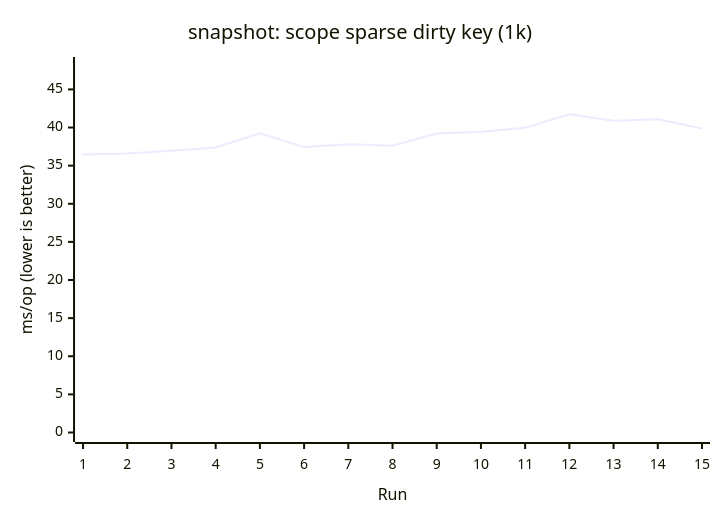
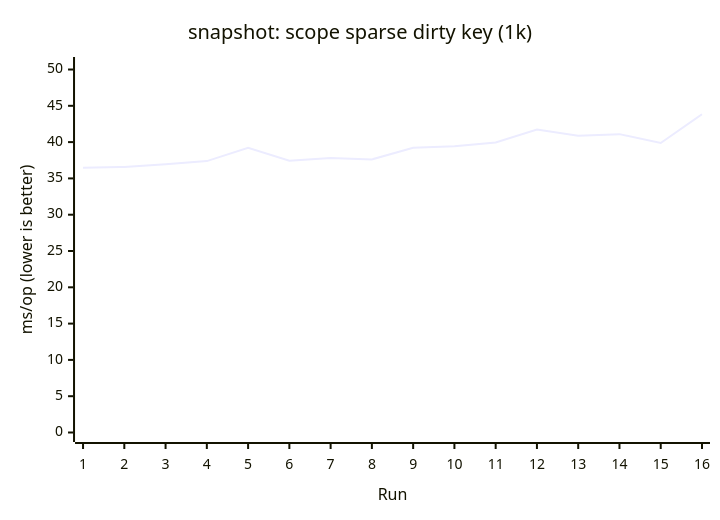
Before and after one commit to AIluffy/io: the fourth of 17 diagrams in apps/docs/src/content/docs/en/guides/benchmark.mdx, drawn with Mermaid. The commit also changed other lines of this file and 25 other files, not shown here.

````diff
--- a/apps/docs/src/content/docs/en/guides/benchmark.mdx
+++ b/apps/docs/src/content/docs/en/guides/benchmark.mdx
@@ -237,7 +220,7 @@
 ```mermaid
 xychart-beta
   title "snapshot: scope sparse dirty key (1k)"
-  x-axis "Run" [1, 2, 3, 4, 5, 6, 7, 8, 9, 10, 11, 12, 13, 14, 15]
-  y-axis "ms/op (lower is better)" 0 --> 48.0046
-  line [36.472, 36.5878, 36.9486, 37.3812, 39.2313, 37.435, 37.7992, 37.6167, 39.2233, 39.4452, 39.9555, 41.7431, 40.8896, 41.0984, 39.8832]
+  x-axis "Run" [1, 2, 3, 4, 5, 6, 7, 8, 9, 10, 11, 12, 13, 14, 15, 16]
+  y-axis "ms/op (lower is better)" 0 --> 50.4147
+  line [36.472, 36.5878, 36.9486, 37.3812, 39.2313, 37.435, 37.7992, 37.6167, 39.2233, 39.4452, 39.9555, 41.7431, 40.8896, 41.0984, 39.8832, 43.8389]
 ```
````
